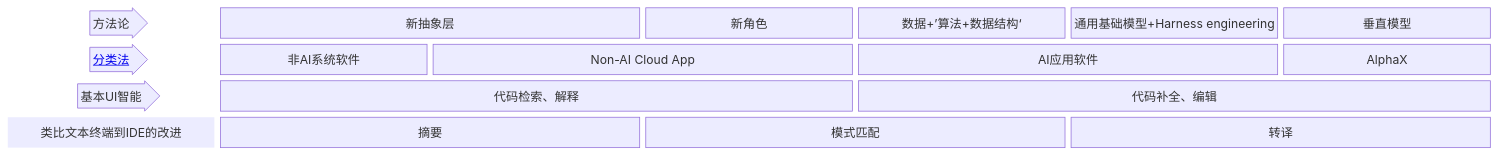
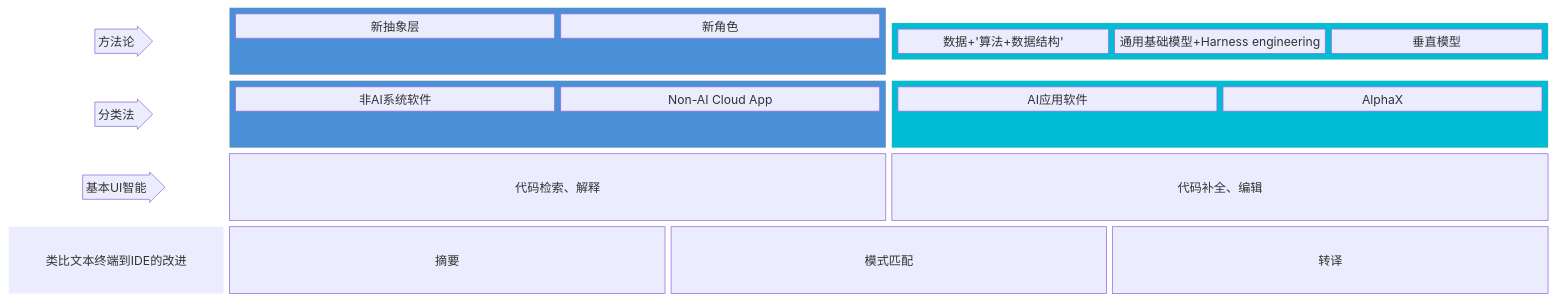
The diagram in README.md (AI-LLM/ai4se_white_paper), drawn with Mermaid before and after one commit.

````diff
--- a/README.md
+++ b/README.md
@@ -4,24 +4,35 @@
 ```mermaid
 block-beta
   columns 7
-
     A<["方法论"]>(right):1
-    B1["新抽象层"]:2
-    B2["新角色"]:1
-    C1["数据+’算法+数据结构‘"]:1
-    C2["通用基础模型+Harness engineering"]:1
-    C3["垂直模型"]:1
-    D<["<a href='https://ai-llm.github.io/ai4se_white_paper/taxonomy/index.html'>分类法</a>"]>(right)
-    E2["非AI系统软件"]:1
-    E1["Non-AI Cloud App"]:2
-    F1["AI应用软件"]:2
-    F2["AlphaX"]:1
+    block:groupB:3
+      B1["新抽象层"]:2
+      B2["新角色"]:1
+    end
+    block:groupC:3
+      C1["数据+'算法+数据结构'"]:1
+      C2["通用基础模型+Harness engineering"]:1
+      C3["垂直模型"]:1
+    end
+    D<["分类法"]>(right)
+    block:groupE:3
+      E2["非AI系统软件"]:1
+      E1["Non-AI Cloud App"]:2
+    end
+    block:groupF:3
+      F1["AI应用软件"]:2
+      F2["AlphaX"]:1
+    end
     G<["基本UI智能"]>(right):1
     H["代码检索、解释"]:3
     I["代码补全、编辑"]:3
     comment1["类比文本终端到IDE的改进"]
     style comment1 fill:rgb(0,0,0,0),stroke:rgb(0,0,0,0),stroke-width:0
     K["摘要"]:2
     J["模式匹配"]:2
     L["转译"]:2
+    style groupB fill:#4a90d9,color:#fff
+    style groupE fill:#4a90d9,color:#fff
+    style groupC fill:#00bcd4,color:#fff
+    style groupF fill:#00bcd4,color:#fff
 ```
````
